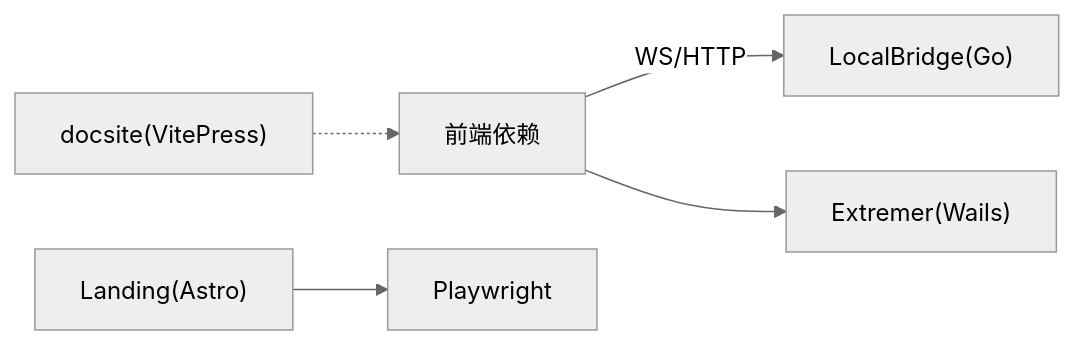
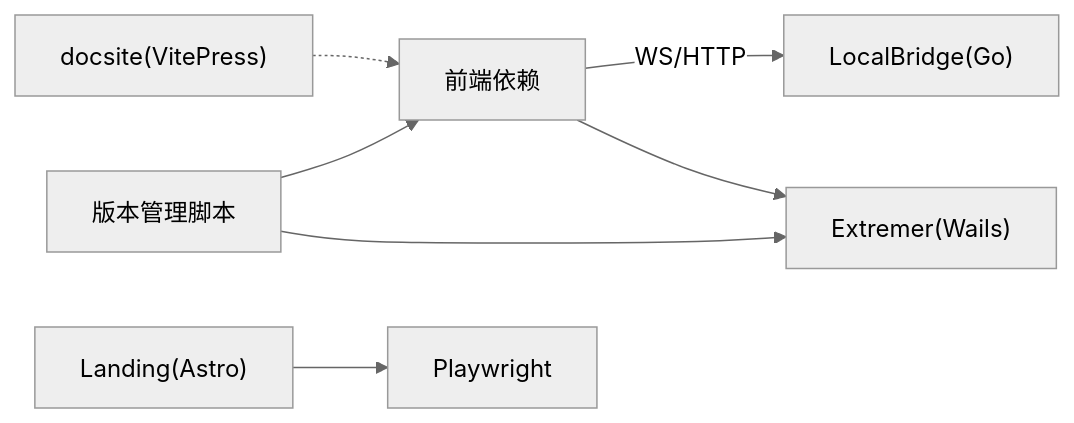
The third of 3 diagrams in .qoder/repowiki/zh/content/开发与测试.md (kqcoxn/MaaPipelineEditor), drawn with Mermaid (neutral theme) before and after one commit. The commit also changed other lines of this file and 15 other files, not shown here.

````diff
--- a/.qoder/repowiki/zh/content/开发与测试.md
+++ b/.qoder/repowiki/zh/content/开发与测试.md
@@ -247,7 +380,9 @@
 ```mermaid
 graph LR
 FE["前端依赖"] --> |WS/HTTP| LB["LocalBridge(Go)"]
 FE --> EX["Extremer(Wails)"]
+VM["版本管理脚本"] --> FE
+VM --> EX
 LD["Landing(Astro)"] --> PW["Playwright"]
 DS["docsite(VitePress)"] -.-> FE
 ```
````
